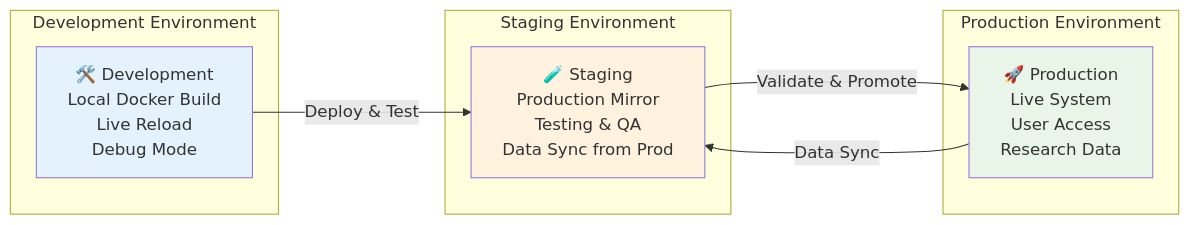
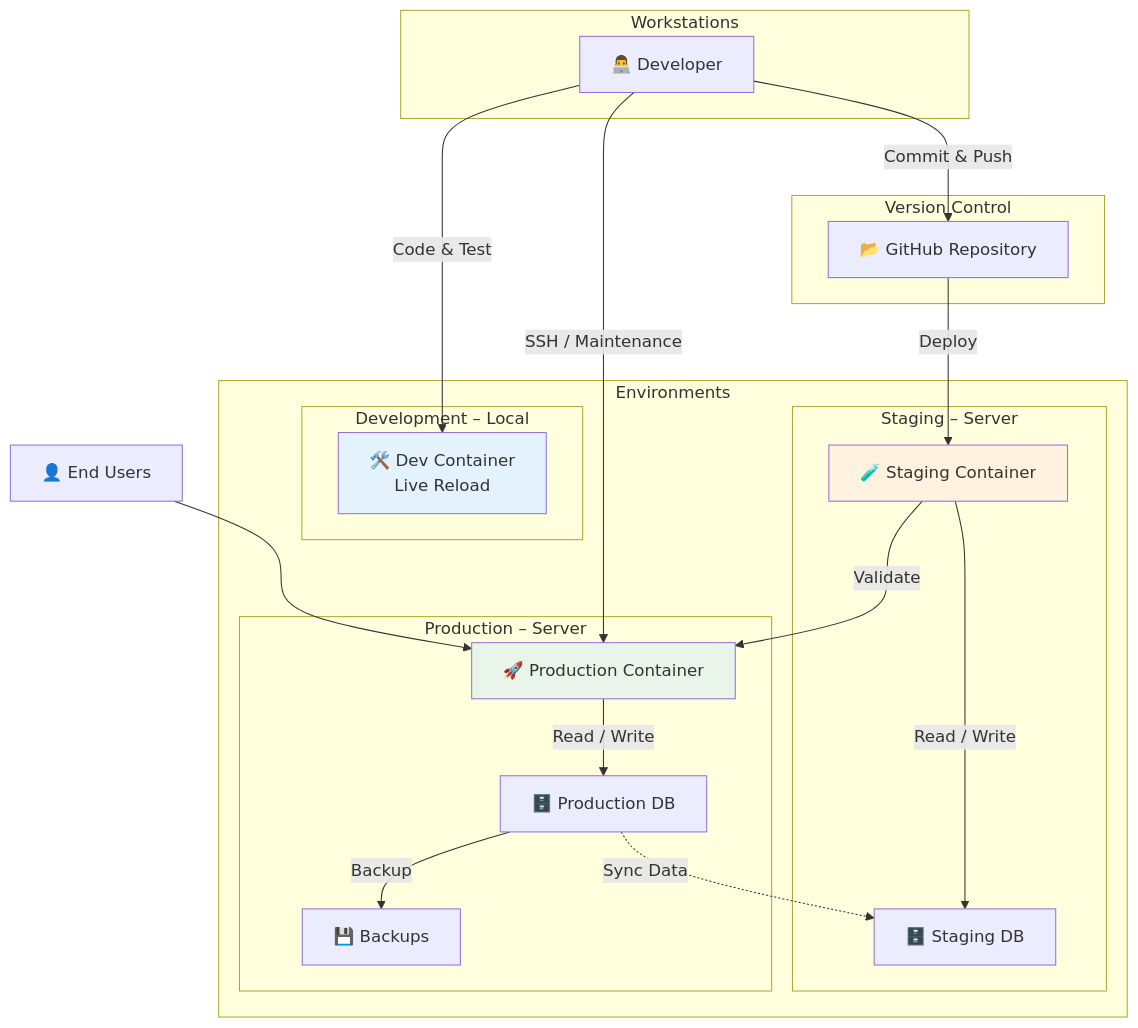
Before and after one commit to maehr/Sexueller-Missbrauch-im-Umfeld-der-katholischen-Kirche-in-der-Schweiz: the diagram in src/DEPLOYMENT.qmd, drawn with Mermaid. The commit also changed other lines of this file and 4 other files, not shown here.

First line of the commit message:
Add data analysis documentation and enhance deployment overview

````diff
--- a/src/DEPLOYMENT.qmd
+++ b/src/DEPLOYMENT.qmd
@@ -82,22 +21,49 @@
 ```{mermaid}
-graph LR
-    subgraph "Development Environment"
-        Dev[🛠️ Development<br/>Local Docker Build<br/>Live Reload<br/>Debug Mode]
+graph TB
+    subgraph "Workstations"
+        Dev[👨‍💻 Developer]
     end
 
-    subgraph "Staging Environment"
-        Staging[🧪 Staging<br/>Production Mirror<br/>Testing & QA<br/>Data Sync from Prod]
+    subgraph "Version Control"
+        GitHub[📂 GitHub Repository]
     end
 
-    subgraph "Production Environment"
-        Prod[🚀 Production<br/>Live System<br/>User Access<br/>Research Data]
+    subgraph "Environments"
+        subgraph "Development – Local"
+            DevEnv[🛠️ Dev Container<br/>Live Reload]
+        end
+
+        subgraph "Staging – Server"
+            StagingEnv[🧪 Staging Container]
+            StagingDB[🗄️ Staging DB]
+        end
+
+        subgraph "Production – Server"
+            ProdEnv[🚀 Production Container]
+            ProdDB[🗄️ Production DB]
+            Backup[💾 Backups]
+        end
     end
 
-    Dev -->|Deploy & Test| Staging
-    Staging -->|Validate & Promote| Prod
-    Prod -->|Data Sync| Staging
+    %% Development Flow
+    Dev -->|Code & Test| DevEnv
+    Dev -->|Commit & Push| GitHub
 
-    style Dev fill:#e3f2fd
-    style Staging fill:#fff3e0
-    style Prod fill:#e8f5e8
+    %% Deployment Flow
+    GitHub -->|Deploy| StagingEnv
+    StagingEnv -->|Validate| ProdEnv
+
+    %% Data Flow
+    ProdEnv -->|Read / Write| ProdDB
+    ProdDB -->|Backup| Backup
+    ProdDB -.->|Sync Data| StagingDB
+    StagingEnv -->|Read / Write| StagingDB
+
+    %% Access
+    User[👤 End Users] --> ProdEnv
+    Dev -->|SSH / Maintenance| ProdEnv
+
+    style DevEnv fill:#e3f2fd
+    style StagingEnv fill:#fff3e0
+    style ProdEnv fill:#e8f5e8
 ```
````
